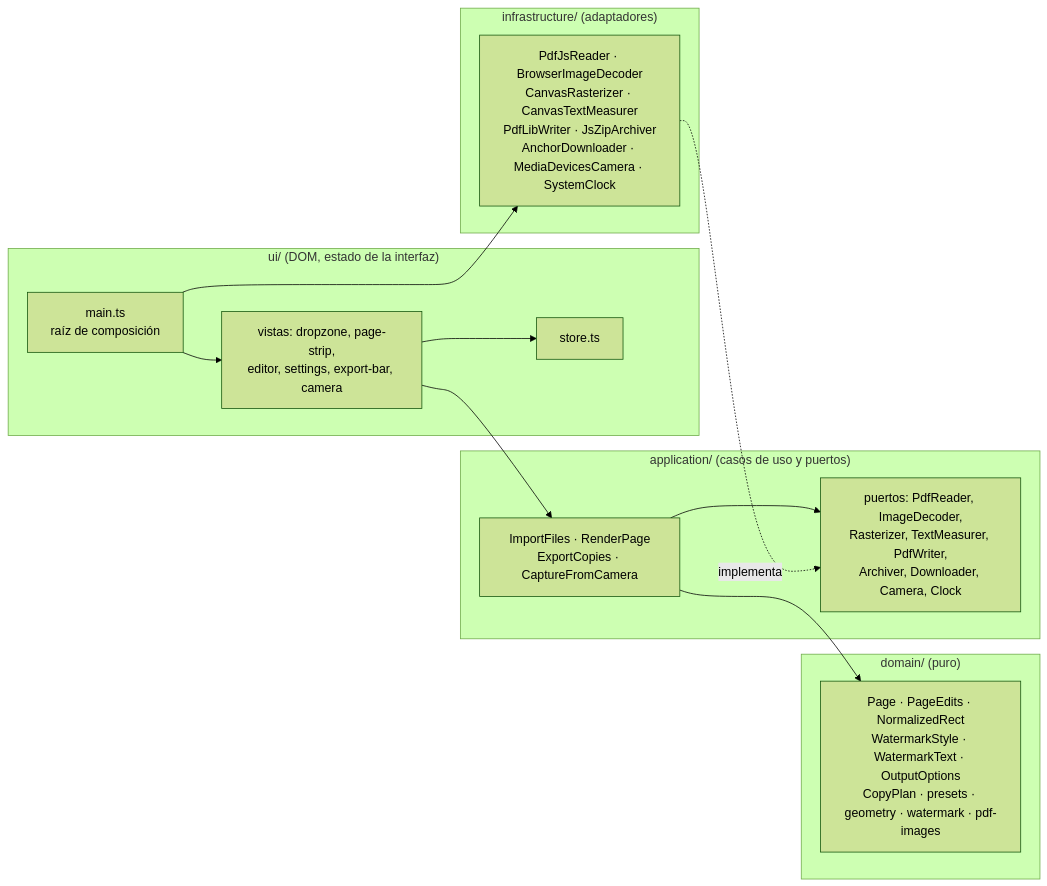
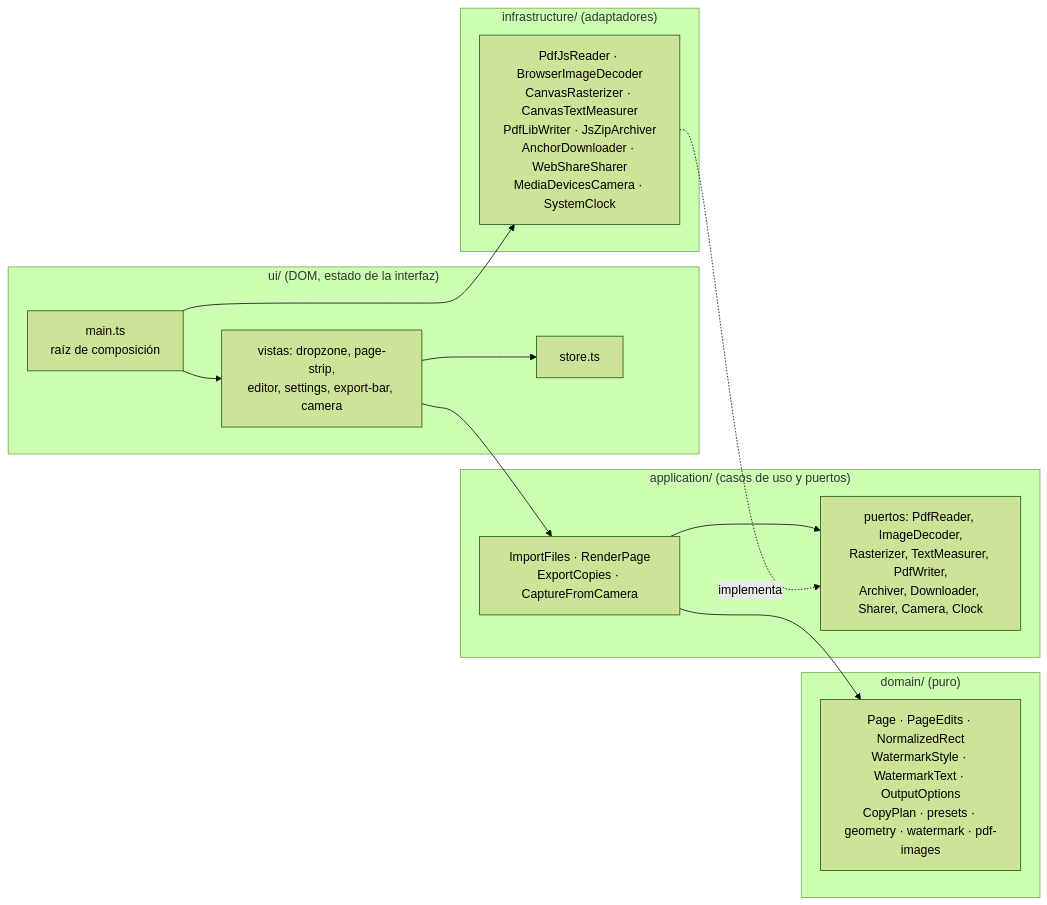
Before and after one commit to hbonavota/copia-segura: the diagram in docs/arquitectura.md, drawn with Mermaid (forest theme). The commit also changed other lines of this file and 7 other files, not shown here.

````diff
--- a/docs/arquitectura.md
+++ b/docs/arquitectura.md
@@ -7,24 +7,24 @@
 ```mermaid
 flowchart LR
   subgraph ui["ui/ (DOM, estado de la interfaz)"]
     Main["main.ts<br/>raíz de composición"]
     Views["vistas: dropzone, page-strip,<br/>editor, settings, export-bar, camera"]
     Store["store.ts"]
   end
   subgraph app["application/ (casos de uso y puertos)"]
     UC["ImportFiles · RenderPage<br/>ExportCopies · CaptureFromCamera"]
-    Ports["puertos: PdfReader, ImageDecoder,<br/>Rasterizer, TextMeasurer, PdfWriter,<br/>Archiver, Downloader, Camera, Clock"]
+    Ports["puertos: PdfReader, ImageDecoder,<br/>Rasterizer, TextMeasurer, PdfWriter,<br/>Archiver, Downloader, Sharer, Camera, Clock"]
   end
   subgraph dom["domain/ (puro)"]
     D["Page · PageEdits · NormalizedRect<br/>WatermarkStyle · WatermarkText · OutputOptions<br/>CopyPlan · presets · geometry · watermark · pdf-images"]
   end
   subgraph infra["infrastructure/ (adaptadores)"]
-    I["PdfJsReader · BrowserImageDecoder<br/>CanvasRasterizer · CanvasTextMeasurer<br/>PdfLibWriter · JsZipArchiver<br/>AnchorDownloader · MediaDevicesCamera · SystemClock"]
+    I["PdfJsReader · BrowserImageDecoder<br/>CanvasRasterizer · CanvasTextMeasurer<br/>PdfLibWriter · JsZipArchiver<br/>AnchorDownloader · WebShareSharer<br/>MediaDevicesCamera · SystemClock"]
   end
   Main --> Views --> Store
   Views --> UC
   UC --> Ports
   UC --> D
   I -. implementa .-> Ports
   Main --> I
 ```
````
